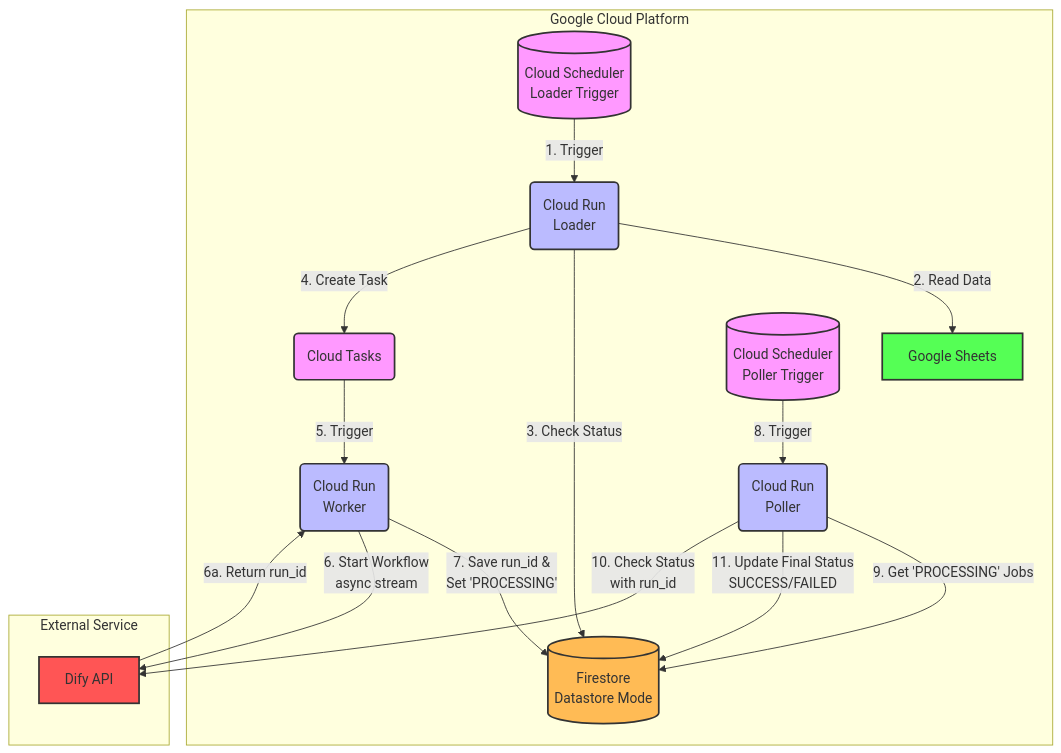
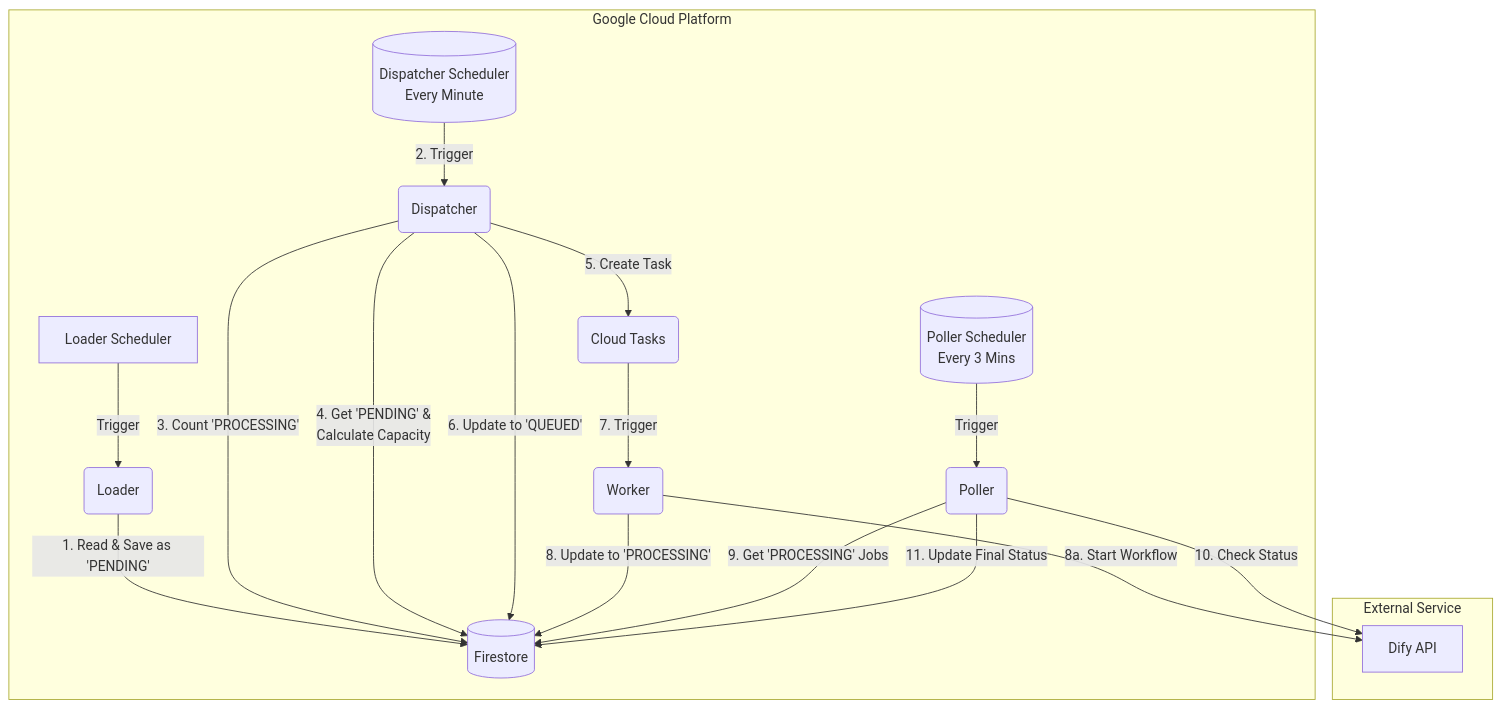
The diagram in dify-batch-processor/README.md (bookips/solvook-dify), drawn with Mermaid before and after one commit. The commit also changed other lines of this file and 14 other files, not shown here.

First line of the commit message:
feat(arch): introduce dispatcher for load control and add data utility

````diff
--- a/dify-batch-processor/README.md
+++ b/dify-batch-processor/README.md
@@ -13,32 +13,25 @@
 ```mermaid
 graph TD
     subgraph "Google Cloud Platform"
-        Scheduler[(Cloud Scheduler<br/>Loader Trigger)] -->|1. Trigger| Loader(Cloud Run<br/>Loader)
-        Loader -->|2. Read Data| GSheets[Google Sheets]
-        Loader -->|3. Check Status| Firestore[(Firestore<br/>Datastore Mode)]
-        Loader -->|4. Create Task| Tasks(Cloud Tasks)
+        Scheduler1[Loader Scheduler] -->|Trigger| Loader(Loader)
+        Loader -->|1. Read & Save as 'PENDING'| Firestore[(Firestore)]
+
+        Scheduler2[(Dispatcher Scheduler<br/>Every Minute)] -->|2. Trigger| Dispatcher(Dispatcher)
+        Dispatcher -->|3. Count 'PROCESSING'| Firestore
+        Dispatcher -->|4. Get 'PENDING' &<br/>Calculate Capacity| Firestore
+        Dispatcher -->|5. Create Task| Tasks(Cloud Tasks)
+        Dispatcher -->|6. Update to 'QUEUED'| Firestore
+
+        Tasks -->|7. Trigger| Worker(Worker)
+        Worker -->|8. Update to 'PROCESSING'| Firestore
         
-        Tasks -->|5. Trigger| Worker(Cloud Run<br/>Worker)
-        Worker -->|7. Save run_id &<br/>Set 'PROCESSING'| Firestore
-
-        Scheduler2[(Cloud Scheduler<br/>Poller Trigger)] -->|8. Trigger| Poller(Cloud Run<br/>Poller)
+        Scheduler3[(Poller Scheduler<br/>Every 3 Mins)] -->|Trigger| Poller(Poller)
         Poller -->|9. Get 'PROCESSING' Jobs| Firestore
-        Poller -->|11. Update Final Status<br/>SUCCESS/FAILED| Firestore
+        Poller -->|11. Update Final Status| Firestore
     end
-
+    
     subgraph "External Service"
-        Worker -->|6. Start Workflow<br/>async stream| Dify[Dify API]
-        Dify -->|6a. Return run_id| Worker
-        Poller -->|10. Check Status<br/>with run_id | Dify
+        Worker -->|8a. Start Workflow| Dify[Dify API]
+        Poller -->|10. Check Status| Dify
     end
-
-    style Scheduler fill:#f9f,stroke:#333,stroke-width:2px
-    style Scheduler2 fill:#f9f,stroke:#333,stroke-width:2px
-    style Loader fill:#bbf,stroke:#333,stroke-width:2px
-    style Worker fill:#bbf,stroke:#333,stroke-width:2px
-    style Poller fill:#bbf,stroke:#333,stroke-width:2px
-    style Tasks fill:#f9f,stroke:#333,stroke-width:2px
-    style Firestore fill:#fb5,stroke:#333,stroke-width:2px
-    style GSheets fill:#5f5,stroke:#333,stroke-width:2px
-    style Dify fill:#f55,stroke:#333,stroke-width:2px
 ```
````
